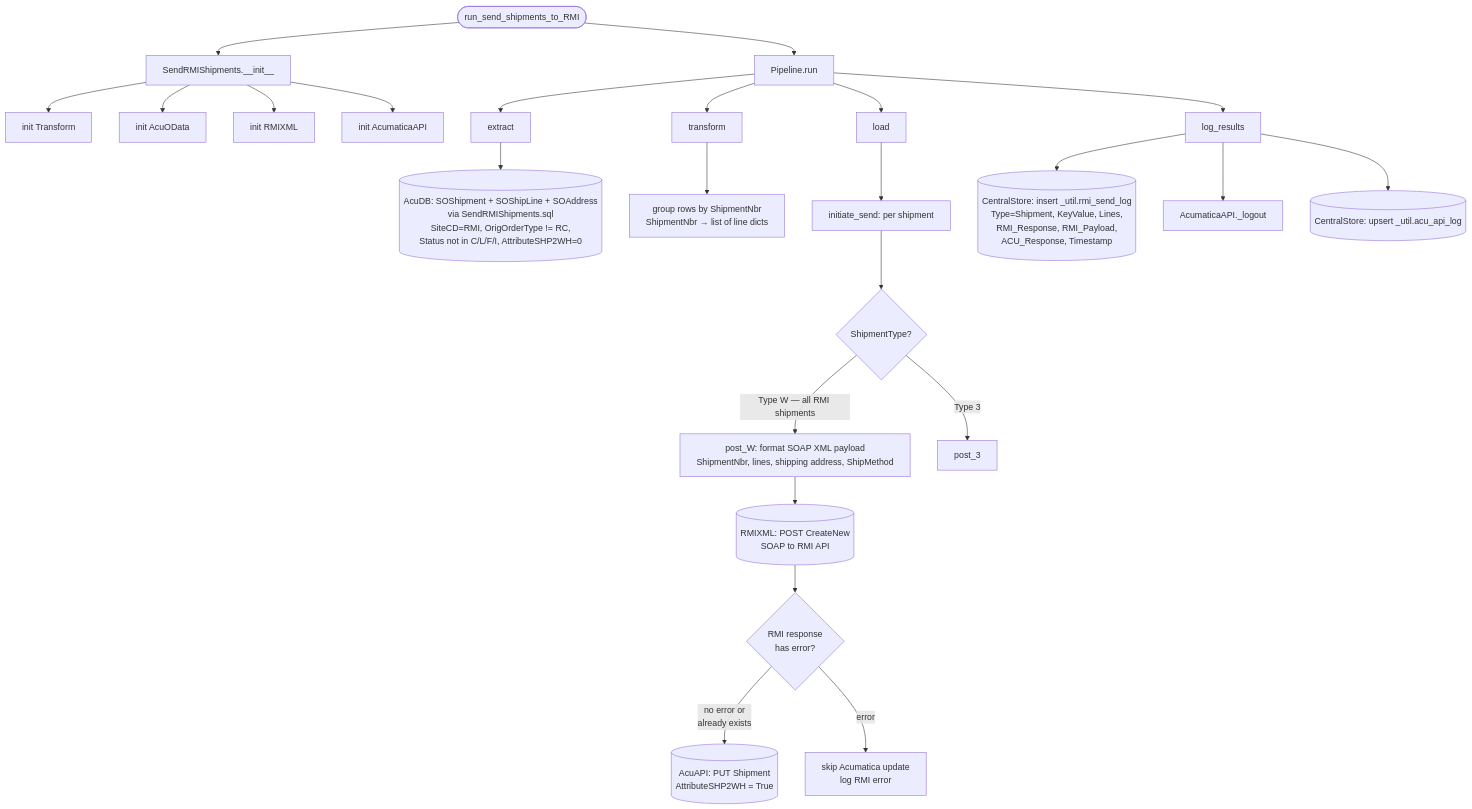
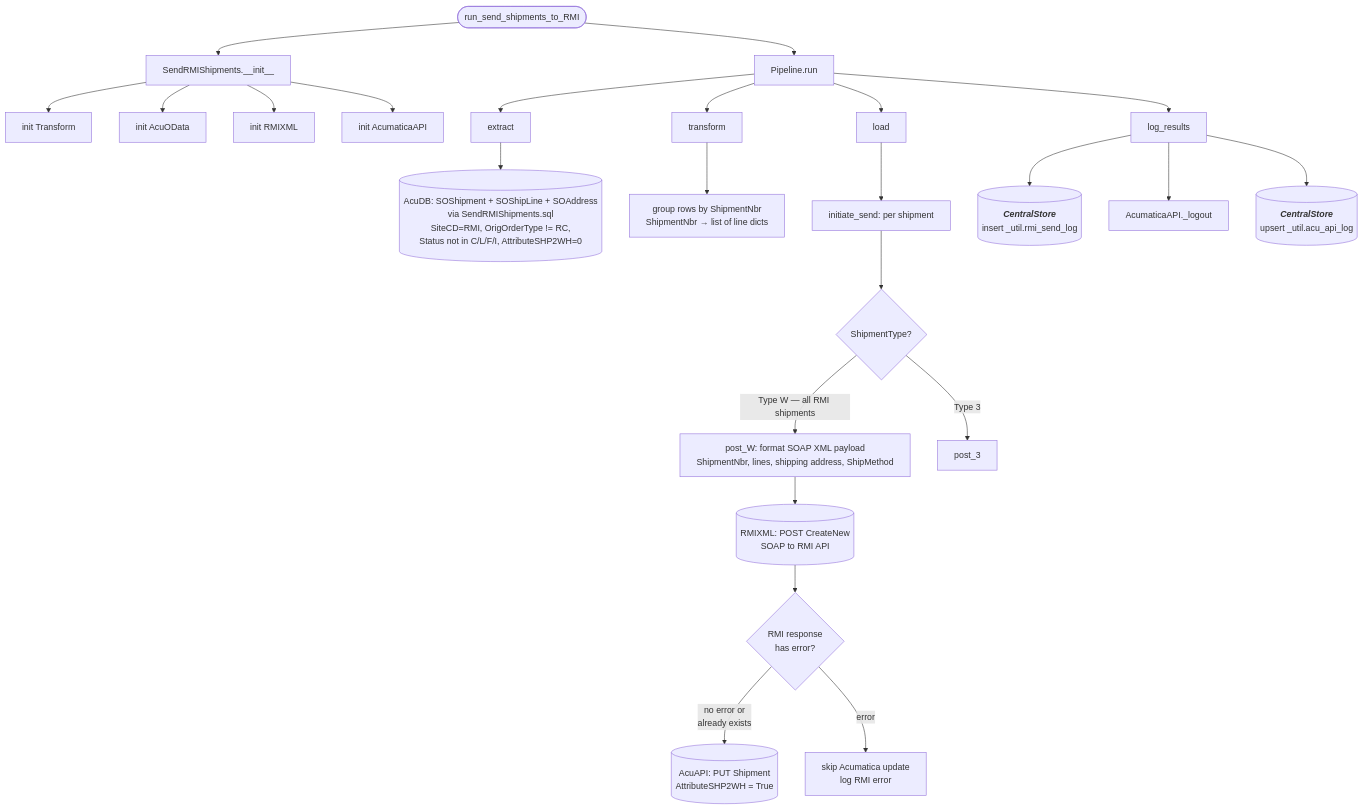
The diagram in docs/pipelines/rmi_send_shipments.md (journeyhl/integration-platform), drawn with Mermaid before and after one commit. The commit also changed 25 other files, not shown here.

````diff
--- a/docs/pipelines/rmi_send_shipments.md
+++ b/docs/pipelines/rmi_send_shipments.md
@@ -1,31 +1,36 @@
 ```mermaid
 %%{init: {"flowchart": {"wrappingWidth": 400}}}%%
 flowchart TD
     A([run_send_shipments_to_RMI]) --> B[SendRMIShipments.__init__]
     B --> B1[init Transform]
     B --> B2[init AcuOData]
     B --> B3[init RMIXML]
     B --> B4[init AcumaticaAPI]
     A --> RUN[Pipeline.run]
 
     RUN --> EX[extract]
     EX --> D1[(AcuDB: SOShipment + SOShipLine + SOAddress<br/>via SendRMIShipments.sql<br/>SiteCD=RMI, OrigOrderType != RC,<br/>Status not in C/L/F/I, AttributeSHP2WH=0)]
 
     RUN --> TR[transform]
     TR --> T1[group rows by ShipmentNbr<br/>ShipmentNbr → list of line dicts]
 
     RUN --> LD[load]
     LD --> LD1[initiate_send: per shipment]
     LD1 --> LD2{ShipmentType?}
     LD2 -->|Type W — all RMI shipments| LD3[post_W: format SOAP XML payload<br/>ShipmentNbr, lines, shipping address, ShipMethod]
     LD2 -->|Type 3| LD4[post_3]
     LD3 --> RS1[(RMIXML: POST CreateNew<br/>SOAP to RMI API)]
     RS1 --> LD5{RMI response<br/>has error?}
     LD5 -->|no error or<br/>already exists| LD6[(AcuAPI: PUT Shipment<br/>AttributeSHP2WH = True)]
     LD5 -->|error| SKIP[skip Acumatica update<br/>log RMI error]
 
     RUN --> LR[log_results]
-    LR --> LR1[(CentralStore: insert _util.rmi_send_log<br/>Type=Shipment, KeyValue, Lines,<br/>RMI_Response, RMI_Payload,<br/>ACU_Response, Timestamp)]
+    LR --> LR1[(
+        <b><i>CentralStore</i></b>
+        insert _util.rmi_send_log
+    )]
     LR --> LO[AcumaticaAPI._logout]
-    LR --> UPS[(CentralStore: upsert _util.acu_api_log)]
+    LR --> UPS[(
+        <b><i>CentralStore</i></b>
+        upsert _util.acu_api_log)]
 ```
````
